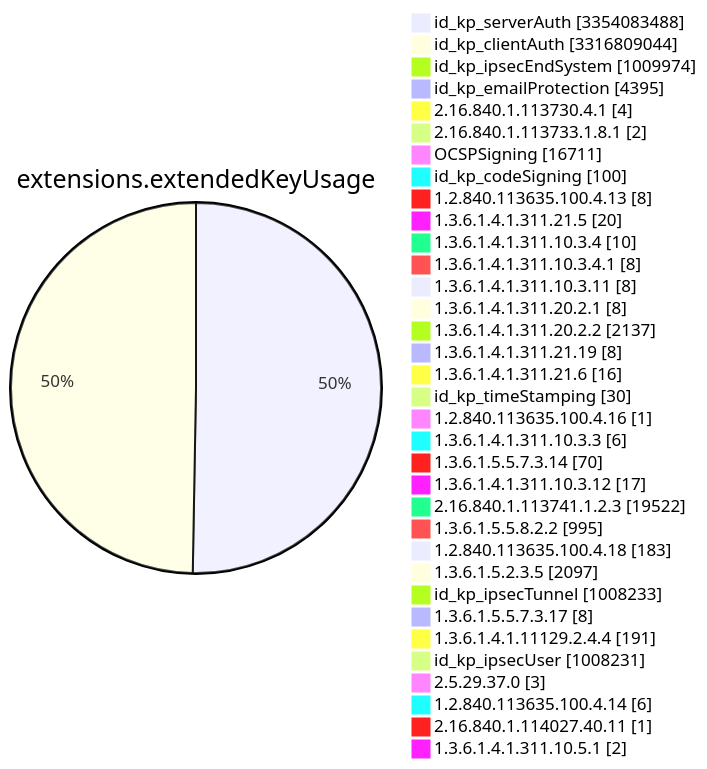
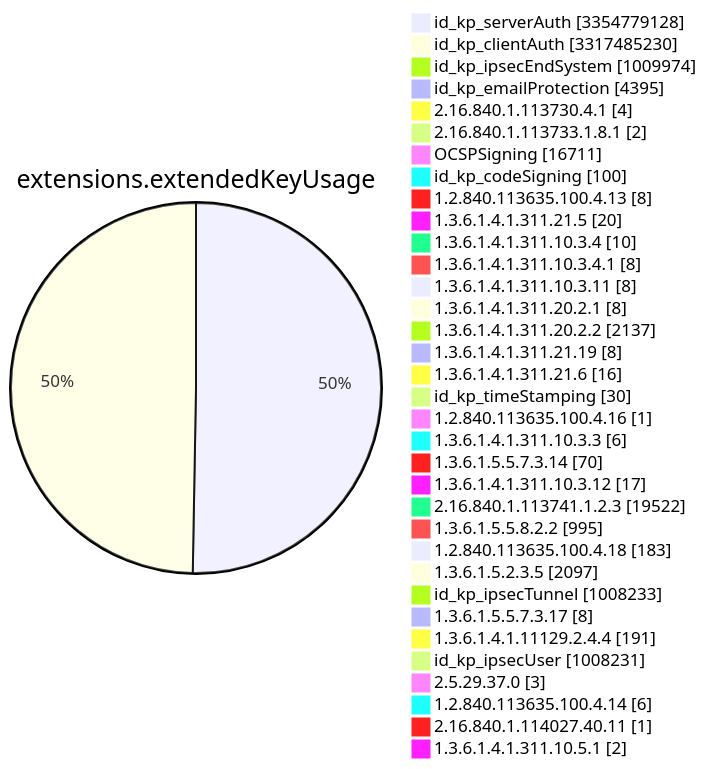
Diagram 11 of 15 in TOTAL/README.md (christiankrug/ctmonitor_visualization), drawn with Mermaid before and after one commit. The commit also changed other lines of this file, not shown here.

````diff
--- a/TOTAL/README.md
+++ b/TOTAL/README.md
@@ -4120,38 +4120,38 @@
 ```mermaid
 pie showData
 title extensions.extendedKeyUsage
-"id_kp_serverAuth" :3354083488
-"id_kp_clientAuth" :3316809044
+"id_kp_serverAuth" :3354779128
+"id_kp_clientAuth" :3317485230
 "id_kp_ipsecEndSystem" :1009974
 "id_kp_emailProtection" :4395
 "2.16.840.1.113730.4.1" :4
 "2.16.840.1.113733.1.8.1" :2
 "OCSPSigning" :16711
 "id_kp_codeSigning" :100
 "1.2.840.113635.100.4.13" :8
 "1.3.6.1.4.1.311.21.5" :20
 "1.3.6.1.4.1.311.10.3.4" :10
 "1.3.6.1.4.1.311.10.3.4.1" :8
 "1.3.6.1.4.1.311.10.3.11" :8
 "1.3.6.1.4.1.311.20.2.1" :8
 "1.3.6.1.4.1.311.20.2.2" :2137
 "1.3.6.1.4.1.311.21.19" :8
 "1.3.6.1.4.1.311.21.6" :16
 "id_kp_timeStamping" :30
 "1.2.840.113635.100.4.16" :1
 "1.3.6.1.4.1.311.10.3.3" :6
 "1.3.6.1.5.5.7.3.14" :70
 "1.3.6.1.4.1.311.10.3.12" :17
 "2.16.840.1.113741.1.2.3" :19522
 "1.3.6.1.5.5.8.2.2" :995
 "1.2.840.113635.100.4.18" :183
 "1.3.6.1.5.2.3.5" :2097
 "id_kp_ipsecTunnel" :1008233
 "1.3.6.1.5.5.7.3.17" :8
 "1.3.6.1.4.1.11129.2.4.4" :191
 "id_kp_ipsecUser" :1008231
 "2.5.29.37.0" :3
 "1.2.840.113635.100.4.14" :6
 "2.16.840.1.114027.40.11" :1
 "1.3.6.1.4.1.311.10.5.1" :2
 ```
````
